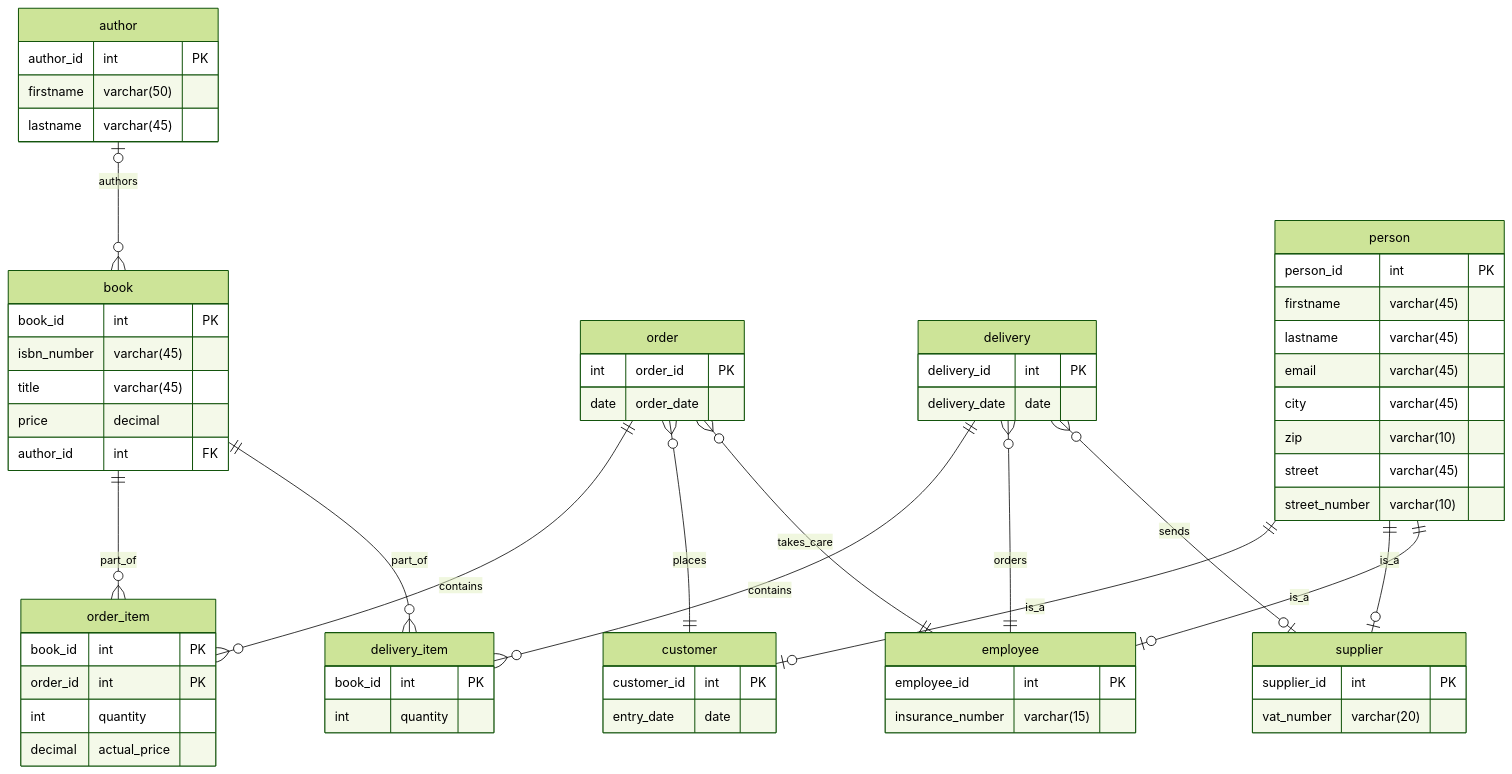
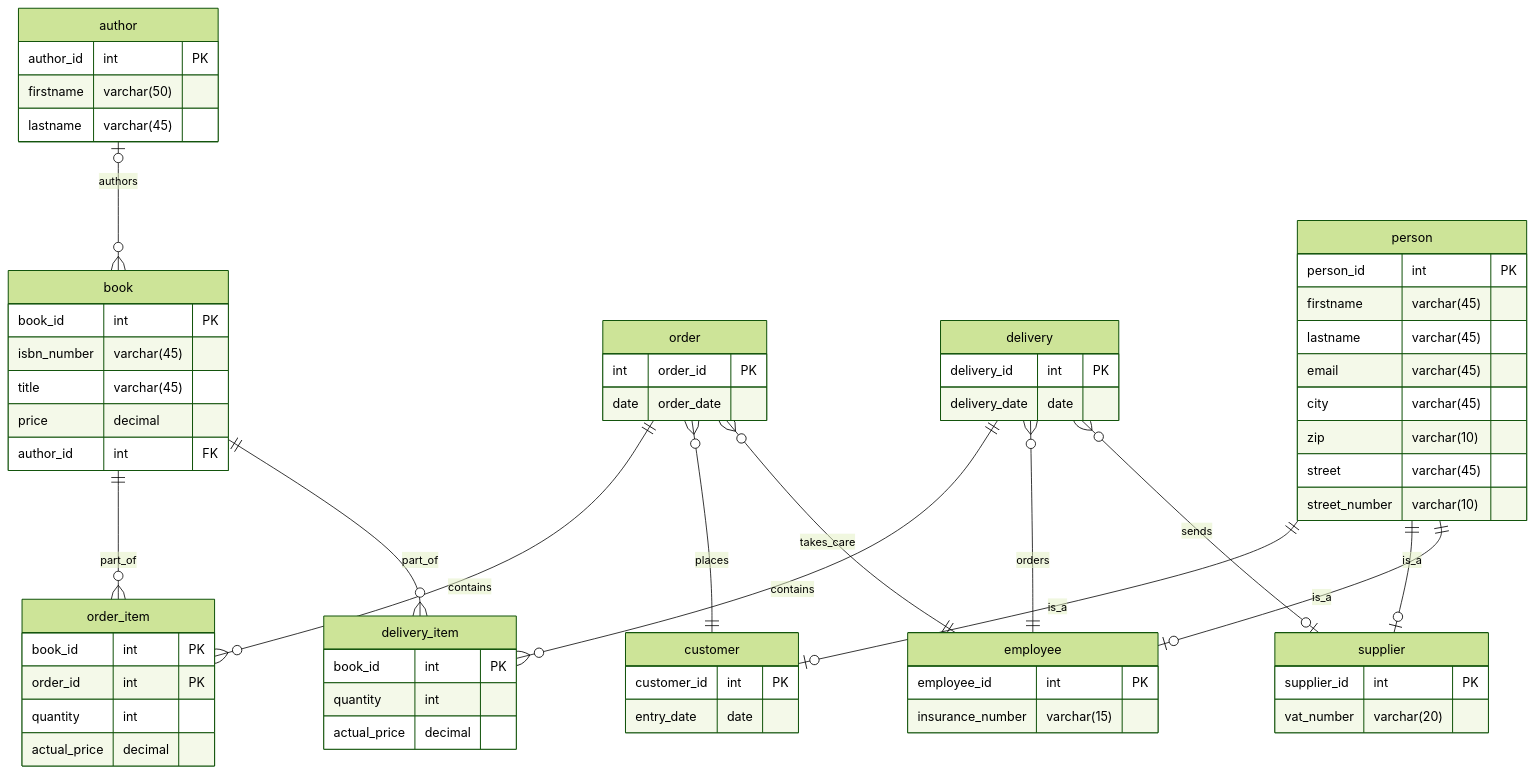
One commit to mckoh/data-book changed the first of 2 diagrams in docs_source/solutions/mt_bookstore.md. Above: the diagram before and after it, drawn with Mermaid (forest theme). The commit also changed other lines of this file, not shown here.

````diff
--- a/docs_source/solutions/mt_bookstore.md
+++ b/docs_source/solutions/mt_bookstore.md
@@ -6,81 +8,82 @@
 ``` mermaid
 erDiagram
 
     author {
         author_id int PK
         firstname varchar(50)
         lastname varchar(45)
     }
 
     book {
         book_id int PK
         isbn_number varchar(45)
         title varchar(45)
         price decimal
         author_id int FK
     }
 
     order {
         int order_id PK
         date order_date
     }
 
     order_item {
         book_id int  PK
         order_id int PK
-        int quantity
-        decimal actual_price
+        quantity int
+        actual_price decimal
     }
 
     delivery {
         delivery_id int PK
         delivery_date date
     }
 
     delivery_item {
         book_id int PK
-        int quantity
+        quantity int
+        actual_price decimal
     }
 
     person {
         person_id int PK
         firstname varchar(45)
         lastname varchar(45)
         email varchar(45)
         city varchar(45)
         zip varchar(10)
         street varchar(45)
         street_number varchar(10)
     }
 
     customer {
         customer_id int PK
         entry_date date
     }
 
     employee {
         employee_id int PK
         insurance_number varchar(15)
     }
 
     supplier {
         supplier_id int PK
         vat_number varchar(20)
     }
 
     book ||--o{ order_item : part_of
     order ||--o{ order_item : contains
     book ||--o{ delivery_item : part_of
     delivery ||--o{ delivery_item : contains
     author |o--o{ book : authors
 
     person ||--o| customer : is_a
     person ||--o| supplier : is_a
     person ||--o| employee : is_a
 
     order }o--|| customer : places
     order }o--|| employee : takes_care
     delivery }o--|| employee : orders
     delivery }o--o| supplier : sends
 
 ```
````
